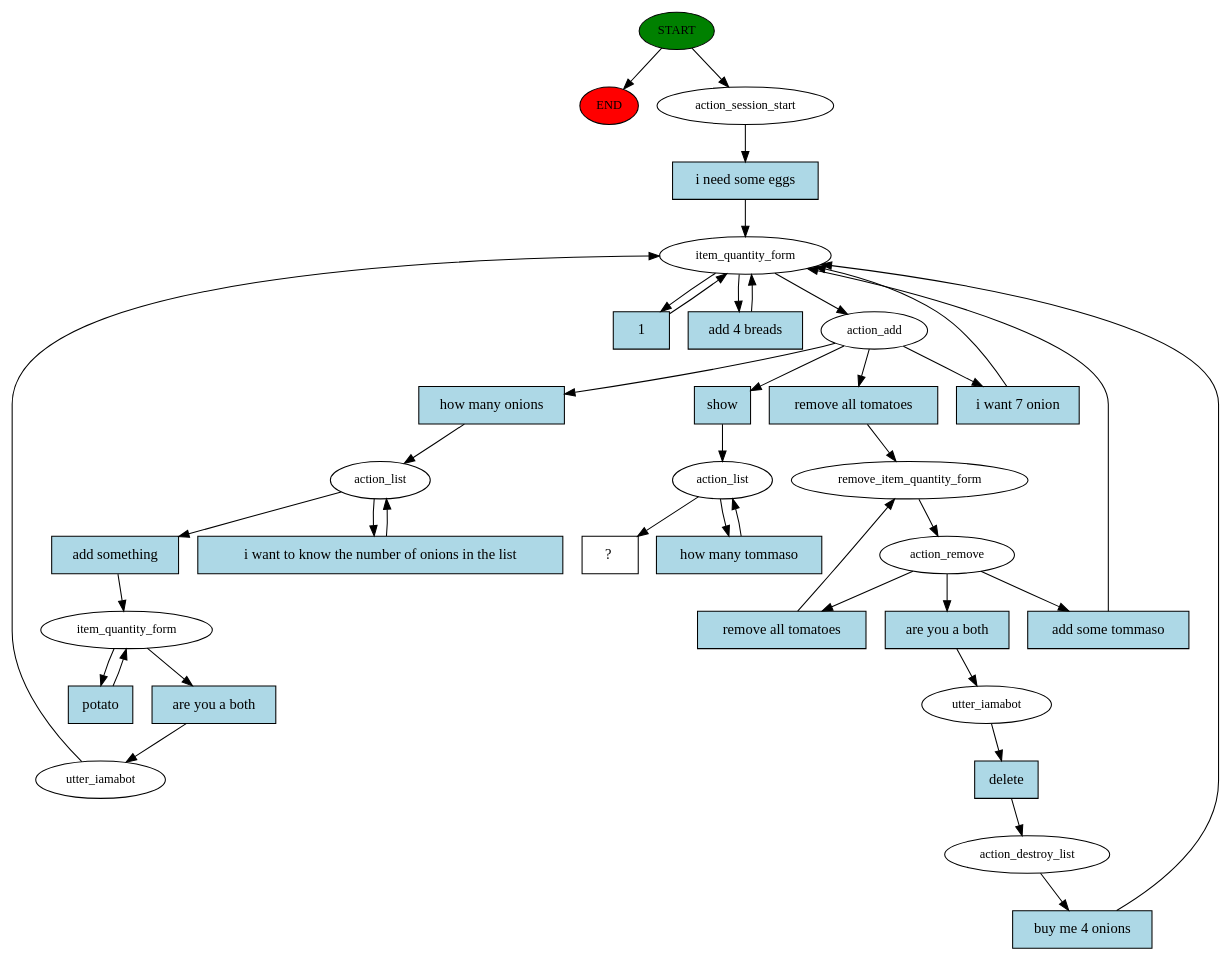
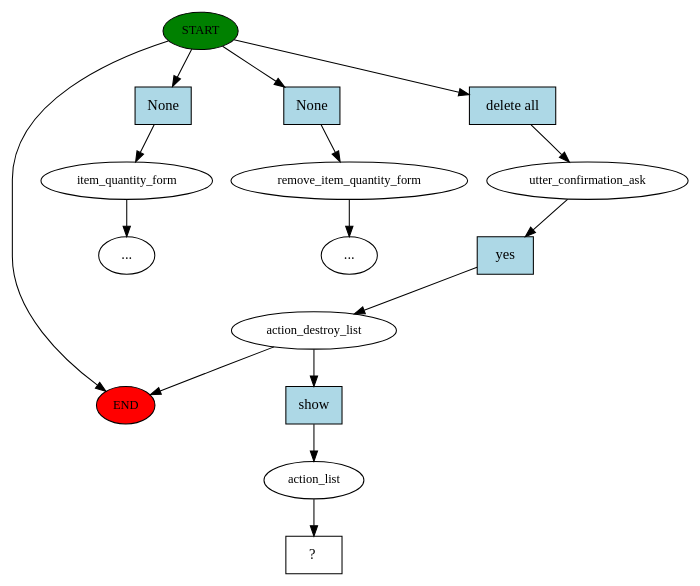
Before and after one commit to wwertyexp/CrMidTerm: the diagram in story_graph.dot, drawn with Graphviz. The commit also changed 1 other file, not shown here.

Commit message:
add new story to deny remove all

```diff
--- a/story_graph.dot
+++ b/story_graph.dot
@@ -1,73 +1,32 @@
 digraph  {
 0 [class="start active", fillcolor=green, fontsize=12, label=START, style=filled];
 "-1" [class=end, fillcolor=red, fontsize=12, label=END, style=filled];
-1 [class=active, fontsize=12, label=action_session_start];
-2 [class=active, fontsize=12, label=item_quantity_form];
-4 [class=active, fontsize=12, label=action_add];
-5 [class=active, fontsize=12, label=remove_item_quantity_form];
-6 [class=active, fontsize=12, label=action_remove];
-7 [class=active, fontsize=12, label=utter_iamabot];
-8 [class=active, fontsize=12, label=action_destroy_list];
-13 [class=active, fontsize=12, label=action_list];
-17 [class=active, fontsize=12, label=item_quantity_form];
-19 [class=active, fontsize=12, label=utter_iamabot];
-30 [class=active, fontsize=12, label=action_list];
-32 [class="intent dashed active", label="  ?  ", shape=rect];
-33 [class="intent active", fillcolor=lightblue, label="i need some eggs", shape=rect, style=filled];
-34 [class="intent active", fillcolor=lightblue, label=1, shape=rect, style=filled];
-35 [class="intent active", fillcolor=lightblue, label="add 4 breads", shape=rect, style=filled];
-36 [class="intent active", fillcolor=lightblue, label="remove all tomatoes", shape=rect, style=filled];
-37 [class="intent active", fillcolor=lightblue, label="how many onions", shape=rect, style=filled];
-38 [class="intent active", fillcolor=lightblue, label=show, shape=rect, style=filled];
-39 [class="intent active", fillcolor=lightblue, label="i want 7 onion", shape=rect, style=filled];
-40 [class="intent active", fillcolor=lightblue, label="are you a both", shape=rect, style=filled];
-41 [class="intent active", fillcolor=lightblue, label="remove all tomatoes", shape=rect, style=filled];
-42 [class="intent active", fillcolor=lightblue, label="add some tommaso", shape=rect, style=filled];
-43 [class="intent active", fillcolor=lightblue, label=delete, shape=rect, style=filled];
-44 [class="intent active", fillcolor=lightblue, label="buy me 4 onions", shape=rect, style=filled];
-45 [class="intent active", fillcolor=lightblue, label="i want to know the number of onions in the list", shape=rect, style=filled];
-46 [class="intent active", fillcolor=lightblue, label="add something", shape=rect, style=filled];
-47 [class="intent active", fillcolor=lightblue, label="are you a both", shape=rect, style=filled];
-48 [class="intent active", fillcolor=lightblue, label=potato, shape=rect, style=filled];
-49 [class="intent active", fillcolor=lightblue, label="how many tommaso", shape=rect, style=filled];
+1 [class="", fontsize=12, label=item_quantity_form];
+"-3" [class=ellipsis, label="..."];
+2 [class="", fontsize=12, label=remove_item_quantity_form];
+"-4" [class=ellipsis, label="..."];
+3 [class=active, fontsize=12, label=utter_confirmation_ask];
+4 [class=active, fontsize=12, label=action_destroy_list];
+7 [class=active, fontsize=12, label=action_list];
+8 [class="intent dashed active", label="  ?  ", shape=rect];
+9 [class=intent, fillcolor=lightblue, label=None, shape=rect, style=filled];
+10 [class=intent, fillcolor=lightblue, label=None, shape=rect, style=filled];
+11 [class="intent active", fillcolor=lightblue, label="delete all", shape=rect, style=filled];
+12 [class="intent active", fillcolor=lightblue, label=yes, shape=rect, style=filled];
+13 [class="intent active", fillcolor=lightblue, label=show, shape=rect, style=filled];
 0 -> "-1"  [class="", key=NONE, label=""];
-0 -> 1  [class=active, key=NONE, label=""];
-1 -> 33  [class=active, key=0];
-2 -> 4  [class=active, key=NONE, label=""];
-2 -> 34  [class=active, key=0];
-2 -> 35  [class=active, key=0];
-4 -> 36  [class=active, key=0];
-4 -> 37  [class=active, key=0];
-4 -> 38  [class=active, key=0];
-4 -> 39  [class=active, key=0];
-5 -> 6  [class=active, key=NONE, label=""];
-6 -> 40  [class=active, key=0];
-6 -> 41  [class=active, key=0];
-6 -> 42  [class=active, key=0];
-7 -> 43  [class=active, key=0];
-8 -> 44  [class=active, key=0];
-13 -> 45  [class=active, key=0];
-13 -> 46  [class=active, key=0];
-17 -> 47  [class=active, key=0];
-17 -> 48  [class=active, key=0];
-19 -> 2  [class=active, key=NONE, label=""];
-30 -> 32  [class=active, key=NONE, label=""];
-30 -> 49  [class=active, key=0];
-33 -> 2  [class=active, key=0];
-34 -> 2  [class=active, key=0];
-35 -> 2  [class=active, key=0];
-36 -> 5  [class=active, key=0];
-37 -> 13  [class=active, key=0];
-38 -> 30  [class=active, key=0];
-39 -> 2  [class=active, key=0];
-40 -> 7  [class=active, key=0];
-41 -> 5  [class=active, key=0];
-42 -> 2  [class=active, key=0];
-43 -> 8  [class=active, key=0];
-44 -> 2  [class=active, key=0];
-45 -> 13  [class=active, key=0];
-46 -> 17  [class=active, key=0];
-47 -> 19  [class=active, key=0];
-48 -> 17  [class=active, key=0];
-49 -> 30  [class=active, key=0];
+0 -> 9  [class="", key=0];
+0 -> 10  [class="", key=0];
+0 -> 11  [class=active, key=0];
+1 -> "-3"  [class="", key=NONE, label=""];
+2 -> "-4"  [class="", key=NONE, label=""];
+3 -> 12  [class=active, key=0];
+4 -> "-1"  [class="", key=NONE, label=""];
+4 -> 13  [class=active, key=0];
+7 -> 8  [class=active, key=NONE, label=""];
+9 -> 1  [class="", key=0];
+10 -> 2  [class="", key=0];
+11 -> 3  [class=active, key=0];
+12 -> 4  [class=active, key=0];
+13 -> 7  [class=active, key=0];
 }
```
